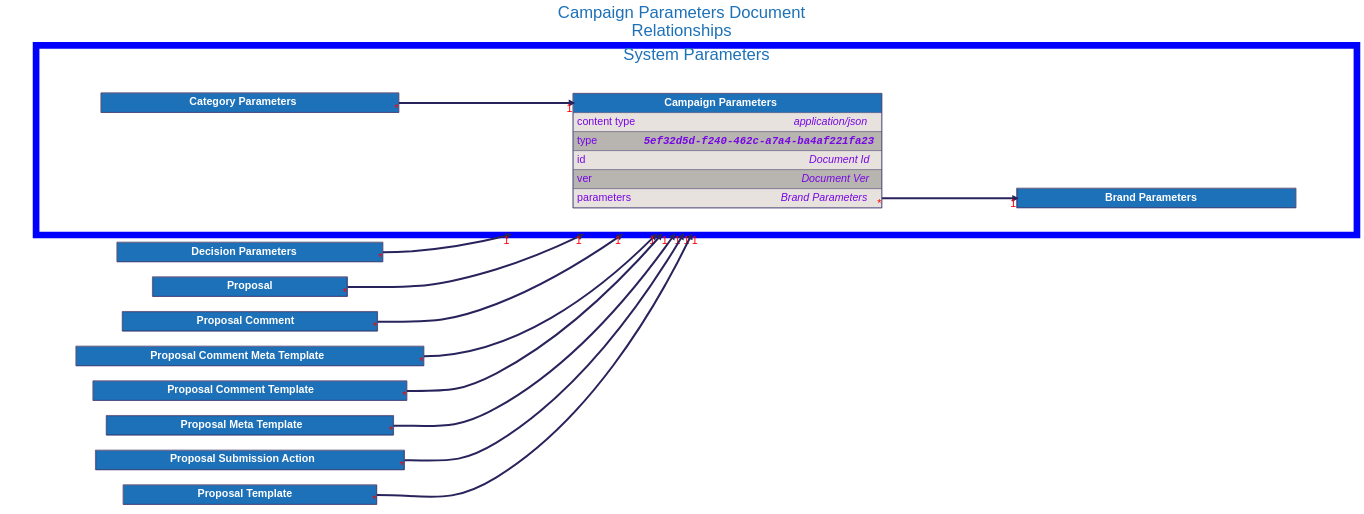
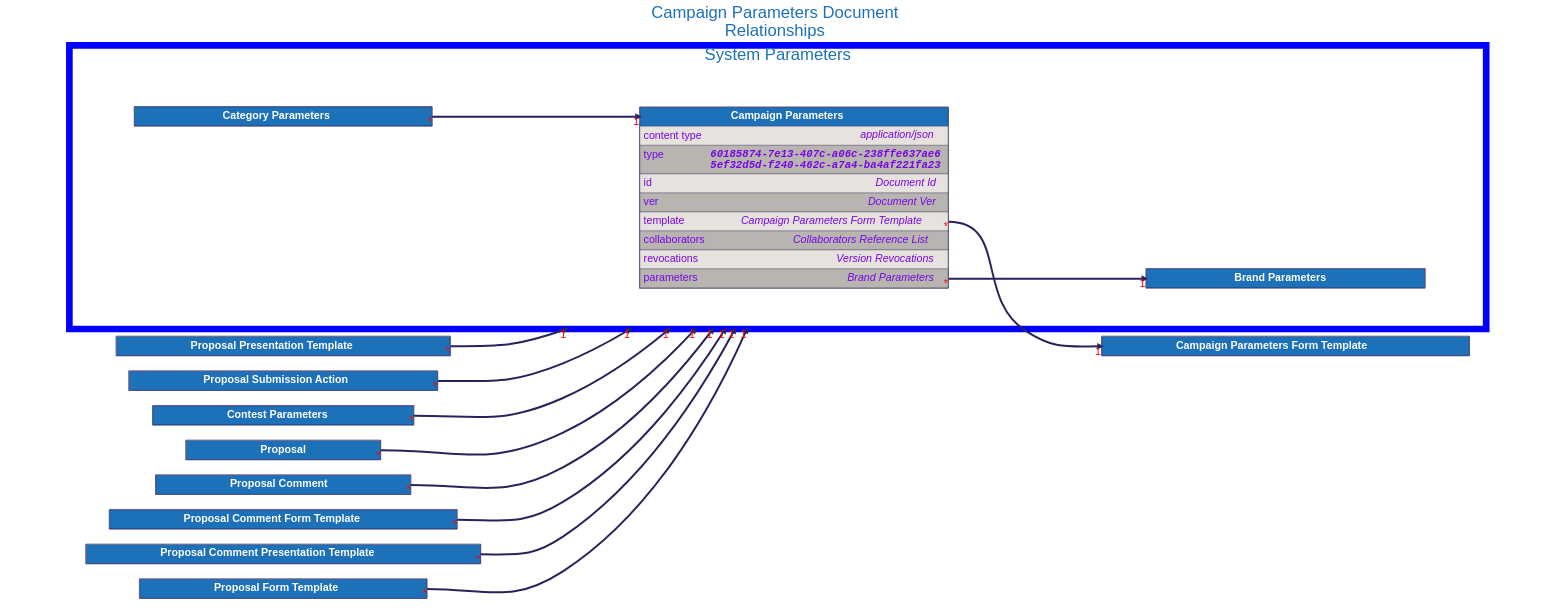
One commit to input-output-hk/catalyst-libs changed the diagram in docs/src/architecture/08_concepts/signed_doc/diagrams/campaign_parameters.dot. Above: the diagram before and after it, drawn with Graphviz. The commit also changed 242 other files, not shown here.

```diff
--- a/docs/src/architecture/08_concepts/signed_doc/diagrams/campaign_parameters.dot
+++ b/docs/src/architecture/08_concepts/signed_doc/diagrams/campaign_parameters.dot
@@ -11,6 +11,141 @@
     fontsize=50
     compound=true
 
+
+
+    "Campaign Parameters Form Template" [
+        id="Campaign Parameters Form Template";
+        label=<
+            <TABLE BORDER="2" COLOR="#29235c" CELLBORDER="1" CELLSPACING="0" CELLPADDING="10">
+            <TR>
+                <TD PORT="title" BGCOLOR="#1d71b8" HREF="../campaign_parameters_form_template/">
+                    <FONT COLOR="#ffffff"><B> Campaign Parameters Form Template </B></FONT>
+                </TD>
+            </TR>
+
+            </TABLE>
+        >
+    ];
+
+
+    "Contest Parameters" [
+        id="Contest Parameters";
+        label=<
+            <TABLE BORDER="2" COLOR="#29235c" CELLBORDER="1" CELLSPACING="0" CELLPADDING="10">
+            <TR>
+                <TD PORT="title" BGCOLOR="#1d71b8" HREF="../contest_parameters/">
+                    <FONT COLOR="#ffffff"><B> Contest Parameters </B></FONT>
+                </TD>
+            </TR>
+
+            </TABLE>
+        >
+    ];
+
+
+    "Proposal" [
+        id="Proposal";
+        label=<
+            <TABLE BORDER="2" COLOR="#29235c" CELLBORDER="1" CELLSPACING="0" CELLPADDING="10">
+            <TR>
+                <TD PORT="title" BGCOLOR="#1d71b8" HREF="../proposal/">
+                    <FONT COLOR="#ffffff"><B> Proposal </B></FONT>
+                </TD>
+            </TR>
+
+            </TABLE>
+        >
+    ];
+
+
+    "Proposal Comment" [
+        id="Proposal Comment";
+        label=<
+            <TABLE BORDER="2" COLOR="#29235c" CELLBORDER="1" CELLSPACING="0" CELLPADDING="10">
+            <TR>
+                <TD PORT="title" BGCOLOR="#1d71b8" HREF="../proposal_comment/">
+                    <FONT COLOR="#ffffff"><B> Proposal Comment </B></FONT>
+                </TD>
+            </TR>
+
+            </TABLE>
+        >
+    ];
+
+
+    "Proposal Comment Form Template" [
+        id="Proposal Comment Form Template";
+        label=<
+            <TABLE BORDER="2" COLOR="#29235c" CELLBORDER="1" CELLSPACING="0" CELLPADDING="10">
+            <TR>
+                <TD PORT="title" BGCOLOR="#1d71b8" HREF="../proposal_comment_form_template/">
+                    <FONT COLOR="#ffffff"><B> Proposal Comment Form Template </B></FONT>
+                </TD>
+            </TR>
+
+            </TABLE>
+        >
+    ];
+
+
+    "Proposal Comment Presentation Template" [
+        id="Proposal Comment Presentation Template";
+        label=<
+            <TABLE BORDER="2" COLOR="#29235c" CELLBORDER="1" CELLSPACING="0" CELLPADDING="10">
+            <TR>
+                <TD PORT="title" BGCOLOR="#1d71b8" HREF="../proposal_comment_presentation_template/">
+                    <FONT COLOR="#ffffff"><B> Proposal Comment Presentation Template </B></FONT>
+                </TD>
+            </TR>
+
+            </TABLE>
+        >
+    ];
+
+
+    "Proposal Form Template" [
+        id="Proposal Form Template";
+        label=<
+            <TABLE BORDER="2" COLOR="#29235c" CELLBORDER="1" CELLSPACING="0" CELLPADDING="10">
+            <TR>
+                <TD PORT="title" BGCOLOR="#1d71b8" HREF="../proposal_form_template/">
+                    <FONT COLOR="#ffffff"><B> Proposal Form Template </B></FONT>
+                </TD>
+            </TR>
+
+            </TABLE>
+        >
+    ];
+
+
+    "Proposal Presentation Template" [
+        id="Proposal Presentation Template";
+        label=<
+            <TABLE BORDER="2" COLOR="#29235c" CELLBORDER="1" CELLSPACING="0" CELLPADDING="10">
+            <TR>
+                <TD PORT="title" BGCOLOR="#1d71b8" HREF="../proposal_presentation_template/">
+                    <FONT COLOR="#ffffff"><B> Proposal Presentation Template </B></FONT>
+                </TD>
+            </TR>
+
+            </TABLE>
+        >
+    ];
+
+
+    "Proposal Submission Action" [
+        id="Proposal Submission Action";
+        label=<
+            <TABLE BORDER="2" COLOR="#29235c" CELLBORDER="1" CELLSPACING="0" CELLPADDING="10">
+            <TR>
+                <TD PORT="title" BGCOLOR="#1d71b8" HREF="../proposal_submission_action/">
+                    <FONT COLOR="#ffffff"><B> Proposal Submission Action </B></FONT>
+                </TD>
+            </TR>
+
+            </TABLE>
+        >
+    ];
 
 
     subgraph cluster_system_parameters {
@@ -57,7 +192,7 @@
                         <TABLE CELLPADDING="0" CELLSPACING="0" BORDER="0">
                             <TR>
                                 <TD ALIGN="LEFT" VALIGN="TOP" WIDTH="200"><FONT COLOR="#7706E5">type</FONT></TD>
-                                <TD ALIGN="RIGHT"><FONT FACE="Courier" COLOR="#7706E5"><B><I>5ef32d5d-f240-462c-a7a4-ba4af221fa23</I></B></FONT></TD>
+                                <TD ALIGN="RIGHT"><FONT FACE="Courier" COLOR="#7706E5"><B><I>60185874-7e13-407c-a06c-238ffe637ae6<BR />5ef32d5d-f240-462c-a7a4-ba4af221fa23</I></B></FONT></TD>
                             </TR>
                         </TABLE>
                     </TD>
@@ -83,7 +218,37 @@
                     </TD>
                 </TR>
                 <TR>
-                    <TD ALIGN="LEFT" PORT="parameters" BGCOLOR="#e7e2dd">
+                    <TD ALIGN="LEFT" PORT="template" BGCOLOR="#e7e2dd">
+                        <TABLE CELLPADDING="0" CELLSPACING="0" BORDER="0">
+                            <TR>
+                                <TD ALIGN="LEFT" VALIGN="TOP" WIDTH="200"><FONT COLOR="#7706E5">template</FONT></TD>
+                                <TD ALIGN="RIGHT"><FONT COLOR="#7706E5"><I>Campaign Parameters Form Template</I></FONT></TD>
+                            </TR>
+                        </TABLE>
+                    </TD>
+                </TR>
+                <TR>
+                    <TD ALIGN="LEFT" PORT="collaborators" BGCOLOR="#b8b5b0">
+                        <TABLE CELLPADDING="0" CELLSPACING="0" BORDER="0">
+                            <TR>
+                                <TD ALIGN="LEFT" VALIGN="TOP" WIDTH="200"><FONT COLOR="#7706E5">collaborators</FONT></TD>
+                                <TD ALIGN="RIGHT"><FONT COLOR="#7706E5"><I>Collaborators Reference List</I></FONT></TD>
+                            </TR>
+                        </TABLE>
+                    </TD>
+                </TR>
+                <TR>
+                    <TD ALIGN="LEFT" PORT="revocations" BGCOLOR="#e7e2dd">
+                        <TABLE CELLPADDING="0" CELLSPACING="0" BORDER="0">
+                            <TR>
+                                <TD ALIGN="LEFT" VALIGN="TOP" WIDTH="200"><FONT COLOR="#7706E5">revocations</FONT></TD>
+                                <TD ALIGN="RIGHT"><FONT COLOR="#7706E5"><I>Version Revocations</I></FONT></TD>
+                            </TR>
+                        </TABLE>
+                    </TD>
+                </TR>
+                <TR>
+                    <TD ALIGN="LEFT" PORT="parameters" BGCOLOR="#b8b5b0">
                         <TABLE CELLPADDING="0" CELLSPACING="0" BORDER="0">
                             <TR>
                                 <TD ALIGN="LEFT" VALIGN="TOP" WIDTH="200"><FONT COLOR="#7706E5">parameters</FONT></TD>
@@ -114,134 +279,15 @@
 
     }
 
-    "Decision Parameters" [
-        id="Decision Parameters";
-        label=<
-            <TABLE BORDER="2" COLOR="#29235c" CELLBORDER="1" CELLSPACING="0" CELLPADDING="10">
-            <TR>
-                <TD PORT="title" BGCOLOR="#1d71b8" HREF="../decision_parameters/">
-                    <FONT COLOR="#ffffff"><B> Decision Parameters </B></FONT>
-                </TD>
-            </TR>
-
-            </TABLE>
-        >
-    ];
-
-
-    "Proposal" [
-        id="Proposal";
-        label=<
-            <TABLE BORDER="2" COLOR="#29235c" CELLBORDER="1" CELLSPACING="0" CELLPADDING="10">
-            <TR>
-                <TD PORT="title" BGCOLOR="#1d71b8" HREF="../proposal/">
-                    <FONT COLOR="#ffffff"><B> Proposal </B></FONT>
-                </TD>
-            </TR>
-
-            </TABLE>
-        >
-    ];
-
-
-    "Proposal Comment" [
-        id="Proposal Comment";
-        label=<
-            <TABLE BORDER="2" COLOR="#29235c" CELLBORDER="1" CELLSPACING="0" CELLPADDING="10">
-            <TR>
-                <TD PORT="title" BGCOLOR="#1d71b8" HREF="../proposal_comment/">
-                    <FONT COLOR="#ffffff"><B> Proposal Comment </B></FONT>
-                </TD>
-            </TR>
-
-            </TABLE>
-        >
-    ];
-
-
-    "Proposal Comment Meta Template" [
-        id="Proposal Comment Meta Template";
-        label=<
-            <TABLE BORDER="2" COLOR="#29235c" CELLBORDER="1" CELLSPACING="0" CELLPADDING="10">
-            <TR>
-                <TD PORT="title" BGCOLOR="#1d71b8" HREF="../proposal_comment_meta_template/">
-                    <FONT COLOR="#ffffff"><B> Proposal Comment Meta Template </B></FONT>
-                </TD>
-            </TR>
-
-            </TABLE>
-        >
-    ];
-
-
-    "Proposal Comment Template" [
-        id="Proposal Comment Template";
-        label=<
-            <TABLE BORDER="2" COLOR="#29235c" CELLBORDER="1" CELLSPACING="0" CELLPADDING="10">
-            <TR>
-                <TD PORT="title" BGCOLOR="#1d71b8" HREF="../proposal_comment_template/">
-                    <FONT COLOR="#ffffff"><B> Proposal Comment Template </B></FONT>
-                </TD>
-            </TR>
-
-            </TABLE>
-        >
-    ];
-
-
-    "Proposal Meta Template" [
-        id="Proposal Meta Template";
-        label=<
-            <TABLE BORDER="2" COLOR="#29235c" CELLBORDER="1" CELLSPACING="0" CELLPADDING="10">
-            <TR>
-                <TD PORT="title" BGCOLOR="#1d71b8" HREF="../proposal_meta_template/">
-                    <FONT COLOR="#ffffff"><B> Proposal Meta Template </B></FONT>
-                </TD>
-            </TR>
-
-            </TABLE>
-        >
-    ];
-
-
-    "Proposal Submission Action" [
-        id="Proposal Submission Action";
-        label=<
-            <TABLE BORDER="2" COLOR="#29235c" CELLBORDER="1" CELLSPACING="0" CELLPADDING="10">
-            <TR>
-                <TD PORT="title" BGCOLOR="#1d71b8" HREF="../proposal_submission_action/">
-                    <FONT COLOR="#ffffff"><B> Proposal Submission Action </B></FONT>
-                </TD>
-            </TR>
-
-            </TABLE>
-        >
-    ];
-
-
-    "Proposal Template" [
-        id="Proposal Template";
-        label=<
-            <TABLE BORDER="2" COLOR="#29235c" CELLBORDER="1" CELLSPACING="0" CELLPADDING="10">
-            <TR>
-                <TD PORT="title" BGCOLOR="#1d71b8" HREF="../proposal_template/">
-                    <FONT COLOR="#ffffff"><B> Proposal Template </B></FONT>
-                </TD>
-            </TR>
-
-            </TABLE>
-        >
-    ];
-
-
+    "Campaign Parameters":"template":e -> "Campaign Parameters Form Template":"title":w [dir=forward, penwidth=6, color="#29235c", headlabel="1", taillabel="*"]
     "Campaign Parameters":"parameters":e -> "Brand Parameters":"title":w [dir=forward, penwidth=6, color="#29235c", headlabel="1", taillabel="*"]
     "Category Parameters":"title":e -> "Campaign Parameters":"title":w [dir=forward, penwidth=6, color="#29235c", headlabel="1", taillabel="*"]
-    "Decision Parameters":"title":e -> "Campaign Parameters" [dir=forward, penwidth=6, color="#29235c", headlabel="1", taillabel="*", lhead="cluster_system_parameters"]
+    "Contest Parameters":"title":e -> "Campaign Parameters" [dir=forward, penwidth=6, color="#29235c", headlabel="1", taillabel="*", lhead="cluster_system_parameters"]
     "Proposal":"title":e -> "Campaign Parameters" [dir=forward, penwidth=6, color="#29235c", headlabel="1", taillabel="*", lhead="cluster_system_parameters"]
     "Proposal Comment":"title":e -> "Campaign Parameters" [dir=forward, penwidth=6, color="#29235c", headlabel="1", taillabel="*", lhead="cluster_system_parameters"]
-    "Proposal Comment Meta Template":"title":e -> "Campaign Parameters" [dir=forward, penwidth=6, color="#29235c", headlabel="1", taillabel="*", lhead="cluster_system_parameters"]
-    "Proposal Comment Template":"title":e -> "Campaign Parameters" [dir=forward, penwidth=6, color="#29235c", headlabel="1", taillabel="*", lhead="cluster_system_parameters"]
-    "Proposal Meta Template":"title":e -> "Campaign Parameters" [dir=forward, penwidth=6, color="#29235c", headlabel="1", taillabel="*", lhead="cluster_system_parameters"]
+    "Proposal Comment Form Template":"title":e -> "Campaign Parameters" [dir=forward, penwidth=6, color="#29235c", headlabel="1", taillabel="*", lhead="cluster_system_parameters"]
+    "Proposal Comment Presentation Template":"title":e -> "Campaign Parameters" [dir=forward, penwidth=6, color="#29235c", headlabel="1", taillabel="*", lhead="cluster_system_parameters"]
+    "Proposal Form Template":"title":e -> "Campaign Parameters" [dir=forward, penwidth=6, color="#29235c", headlabel="1", taillabel="*", lhead="cluster_system_parameters"]
+    "Proposal Presentation Template":"title":e -> "Campaign Parameters" [dir=forward, penwidth=6, color="#29235c", headlabel="1", taillabel="*", lhead="cluster_system_parameters"]
     "Proposal Submission Action":"title":e -> "Campaign Parameters" [dir=forward, penwidth=6, color="#29235c", headlabel="1", taillabel="*", lhead="cluster_system_parameters"]
-    "Proposal Template":"title":e -> "Campaign Parameters" [dir=forward, penwidth=6, color="#29235c", headlabel="1", taillabel="*", lhead="cluster_system_parameters"]
 }
```
